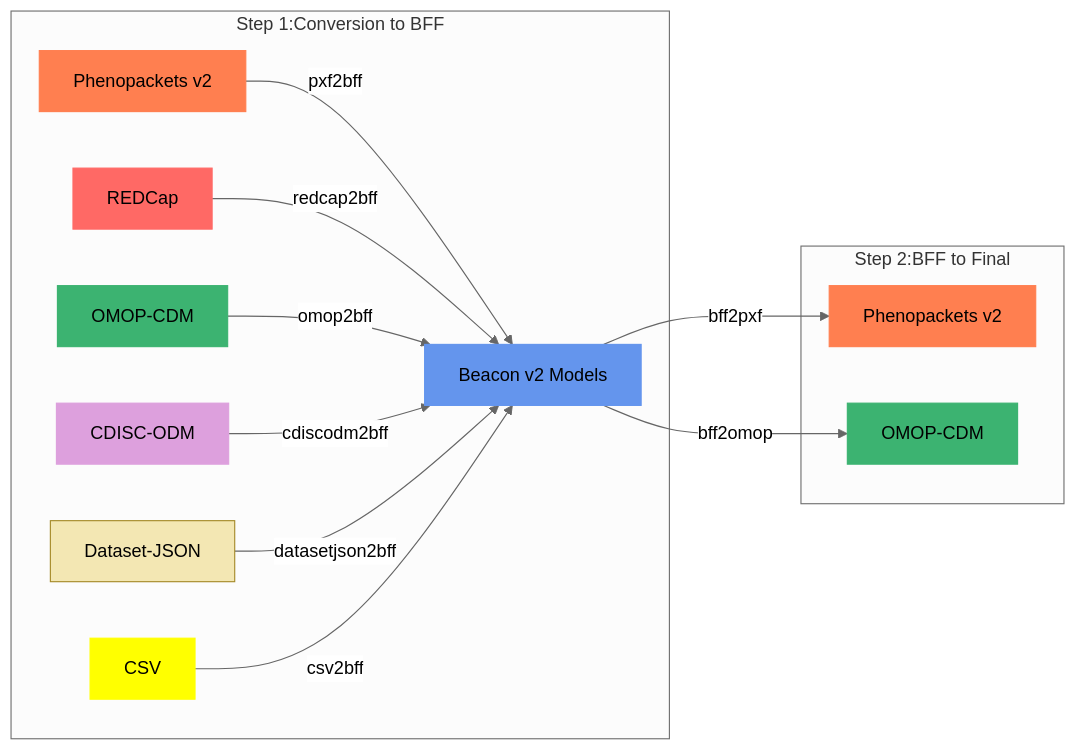
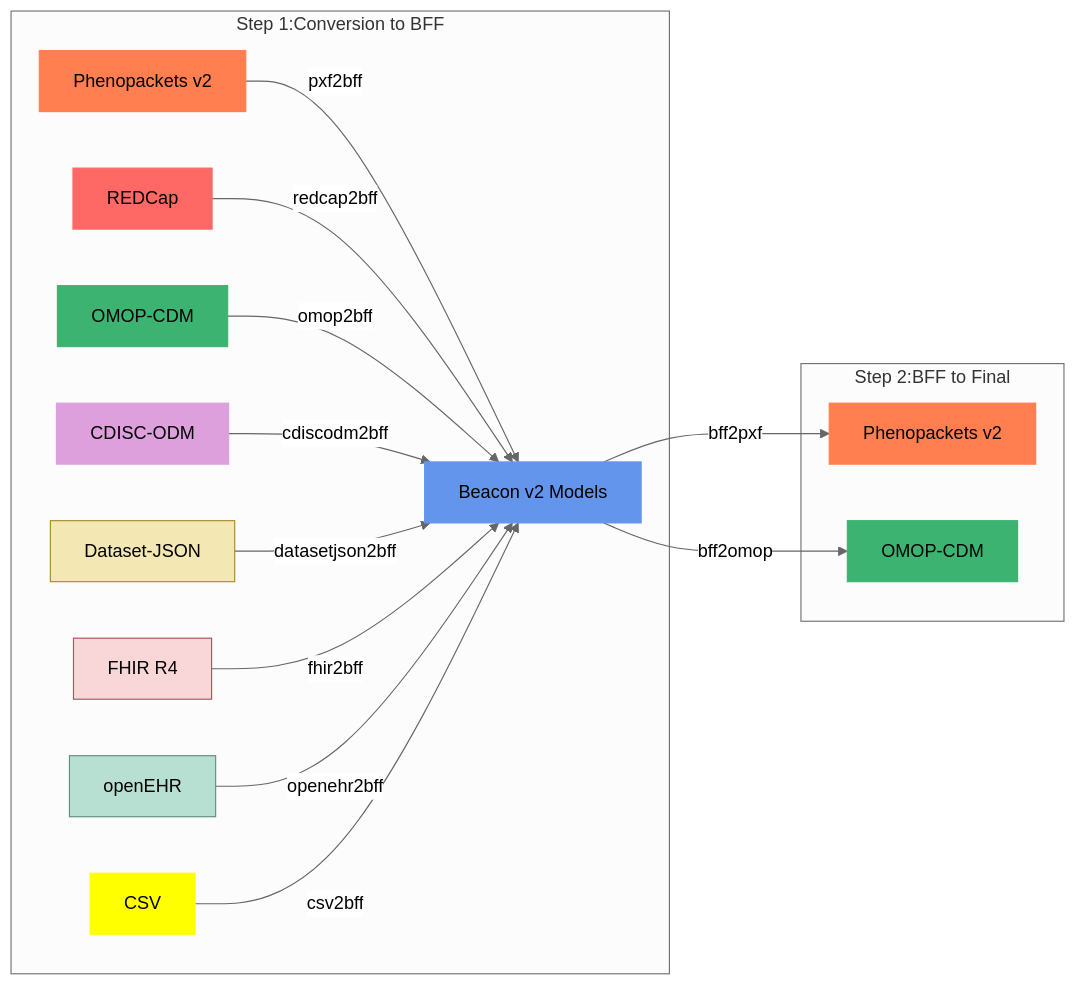
The diagram in docs-site/docs/mapping-steps.mdx (CNAG-Biomedical-Informatics/convert-pheno), drawn with Mermaid before and after one commit. The commit also changed other lines of this file and 60 other files, not shown here.

````diff
--- a/docs-site/docs/mapping-steps.mdx
+++ b/docs-site/docs/mapping-steps.mdx
@@ -40,28 +40,32 @@
 ```mermaid
 %%{init: {'theme':'neutral'}}%%
 graph LR
   subgraph "Step 1:Conversion to BFF"
   B[Phenopackets v2] -->|pxf2bff| A
   C[REDCap] -->|redcap2bff| A[Beacon v2 Models]
   D[OMOP-CDM] -->|omop2bff| A
   E[CDISC-ODM] -->|cdiscodm2bff| A
   I[Dataset-JSON] -->|datasetjson2bff| A
+  J[FHIR R4] -->|fhir2bff| A
+  K[openEHR] -->|openehr2bff| A
   G[CSV] -->|csv2bff| A
   end
 
   subgraph "Step 2:BFF to Final"
   A --> |bff2pxf | F[Phenopackets v2]
   A --> |bff2omop| H[OMOP-CDM]
   end
 
   style A fill: #6495ED, stroke: #6495ED
   style B fill: #FF7F50, stroke: #FF7F50
   style C fill: #FF6965, stroke: #FF6965
   style D fill: #3CB371, stroke: #3CB371
   style E fill: #DDA0DD, stroke: #DDA0DD
   style F fill: #FF7F50, stroke: #FF7F50
   style G fill: #FFFF00, stroke: #FFFF00
   style H fill: #3CB371, stroke: #3CB371
   style I fill: #F3E7B3, stroke: #A58A28
+  style J fill: #F9D7D9, stroke: #B74A55
+  style K fill: #B8E0D2, stroke: #5B8F7B
 
 ```
````
